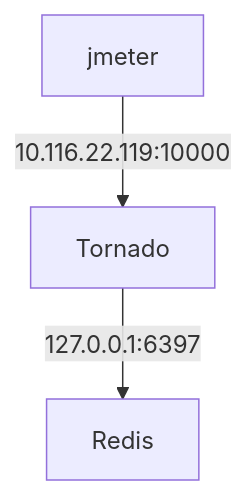
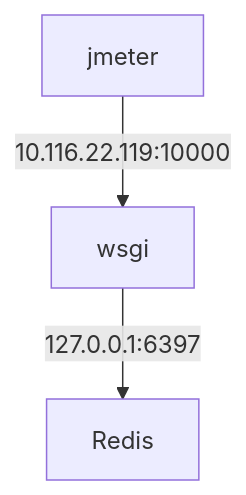
Before and after one commit to houming818/www.grepcode.cn: the diagram in source/_posts/article001.md, drawn with Mermaid. The commit also changed other lines of this file and 8 other files, not shown here.

```diff
--- a/source/_posts/article001.md
+++ b/source/_posts/article001.md
@@ -73,5 +80,5 @@
 {% mermaid %}
 graph TD
-jmeter-->|10.116.22.119:10000|Tornado
-Tornado-->|127.0.0.1:6397|Redis
+jmeter-->|10.116.22.119:10000|wsgi
+wsgi-->|127.0.0.1:6397|Redis
 {% endmermaid %}
```
